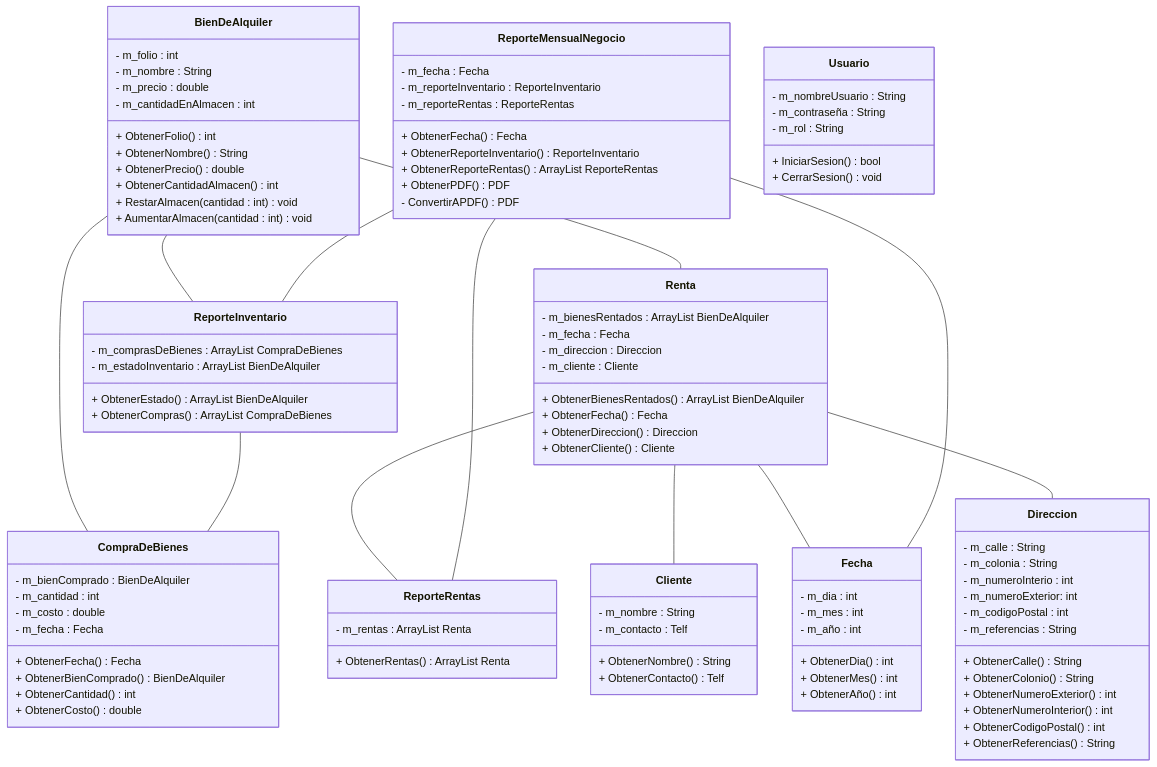
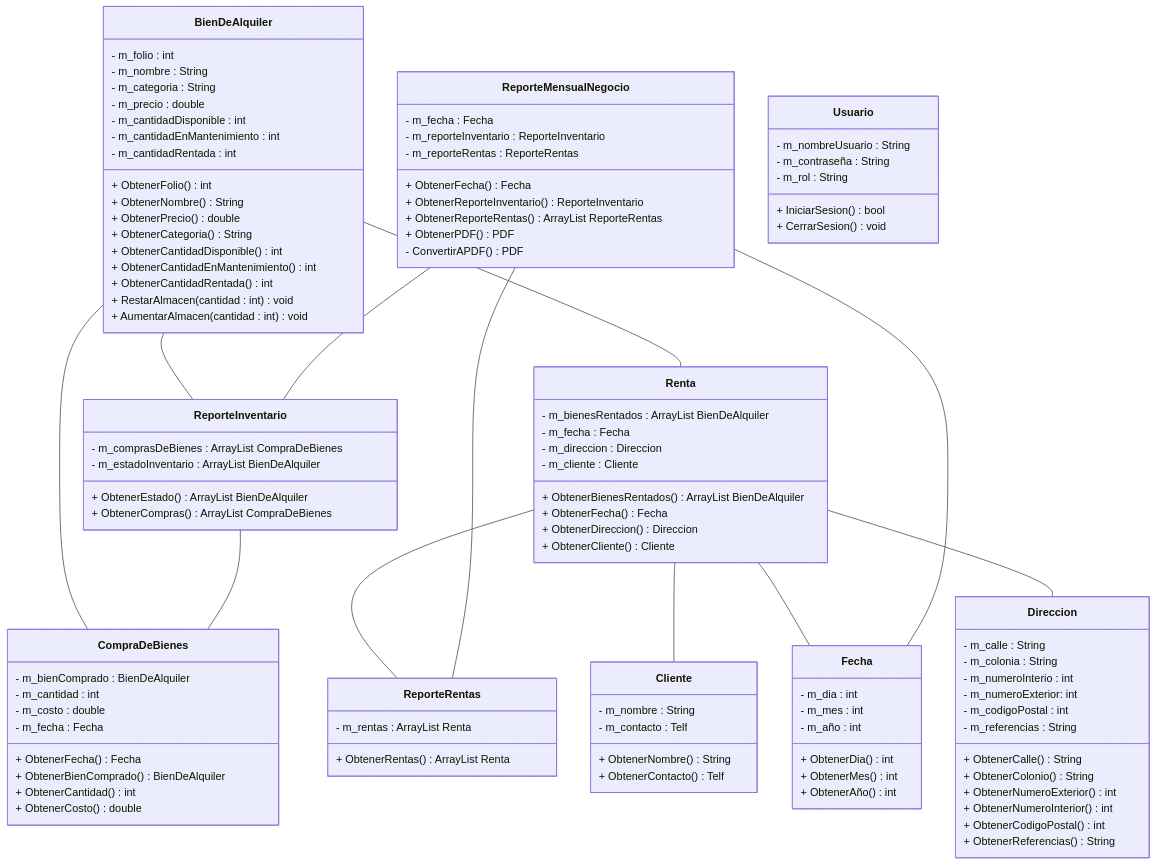
Before and after one commit to JuanJoseVargasArvizu/ProyectoPromotoraEventos: the diagram in Documentacion/Diagramas/DiagramaDeClases.mmd, drawn with Mermaid.

Commit message:
Actualizacion de la clase BienDeAlquiler

```diff
--- a/Documentacion/Diagramas/DiagramaDeClases.mmd
+++ b/Documentacion/Diagramas/DiagramaDeClases.mmd
@@ -1,112 +1,119 @@
 classDiagram
 
 BienDeAlquiler -- ReporteInventario
 BienDeAlquiler -- CompraDeBienes
 BienDeAlquiler -- Renta
 Renta -- ReporteRentas
 Renta -- Cliente
 Renta -- Fecha
 Renta -- Direccion
 ReporteInventario -- CompraDeBienes
 ReporteMensualNegocio -- ReporteInventario
 ReporteMensualNegocio -- ReporteRentas
 ReporteMensualNegocio -- Fecha
 
 
 class BienDeAlquiler{
-    - m_folio : int
+    - m_folio : int   
     - m_nombre : String
+    - m_categoria : String
     - m_precio : double
-    - m_cantidadEnAlmacen : int
+    - m_cantidadDisponible : int
+    - m_cantidadEnMantenimiento : int
+    - m_cantidadRentada : int
+
     + ObtenerFolio() int
     + ObtenerNombre() String
     + ObtenerPrecio() double
-    + ObtenerCantidadAlmacen() int
+    + ObtenerCategoria() String
+    + ObtenerCantidadDisponible() int
+    + ObtenerCantidadEnMantenimiento() int
+    + ObtenerCantidadRentada() int
     + RestarAlmacen(cantidad : int) void
     + AumentarAlmacen(cantidad : int) void
 }
 
 class CompraDeBienes{
     - m_bienComprado : BienDeAlquiler
     - m_cantidad : int
     - m_costo : double
     - m_fecha : Fecha
     + ObtenerFecha() Fecha
     + ObtenerBienComprado() BienDeAlquiler 
     + ObtenerCantidad() int
     + ObtenerCosto() double
 }
 
 class ReporteMensualNegocio{
     - m_fecha : Fecha
     - m_reporteInventario : ReporteInventario
     - m_reporteRentas : ReporteRentas
     + ObtenerFecha() Fecha
     + ObtenerReporteInventario() ReporteInventario
     + ObtenerReporteRentas() ArrayList ReporteRentas
     + ObtenerPDF() PDF
     - ConvertirAPDF() PDF
 
 }
 
 class ReporteInventario{
     - m_comprasDeBienes : ArrayList CompraDeBienes
     - m_estadoInventario : ArrayList BienDeAlquiler
     + ObtenerEstado() ArrayList BienDeAlquiler
     + ObtenerCompras() ArrayList CompraDeBienes
 }
 
 class ReporteRentas{
     - m_rentas : ArrayList Renta
     + ObtenerRentas() ArrayList Renta
 }
 
 class Renta{
     - m_bienesRentados : ArrayList BienDeAlquiler
     - m_fecha : Fecha
     - m_direccion : Direccion
     - m_cliente : Cliente
     + ObtenerBienesRentados() ArrayList BienDeAlquiler
     + ObtenerFecha() Fecha
     + ObtenerDireccion() Direccion
     + ObtenerCliente() Cliente
 }
 
 class Cliente{
     - m_nombre : String
     - m_contacto : Telf
     + ObtenerNombre() String
     + ObtenerContacto() Telf
 }
 
 class Fecha{
     - m_dia : int
     - m_mes : int
     - m_año : int
     + ObtenerDia() int
     + ObtenerMes() int
     + ObtenerAño() int
 }
 
 class Direccion{
     - m_calle : String
     - m_colonia : String
     - m_numeroInterio : int
     - m_numeroExterior: int
     - m_codigoPostal : int
     - m_referencias : String
     + ObtenerCalle() String
     + ObtenerColonio() String
     + ObtenerNumeroExterior() int
     + ObtenerNumeroInterior() int
     + ObtenerCodigoPostal() int
     + ObtenerReferencias() String
 }
 
 class Usuario {
     - m_nombreUsuario : String
     - m_contraseña : String
     - m_rol : String
     + IniciarSesion() bool
     + CerrarSesion() void
 }
```
